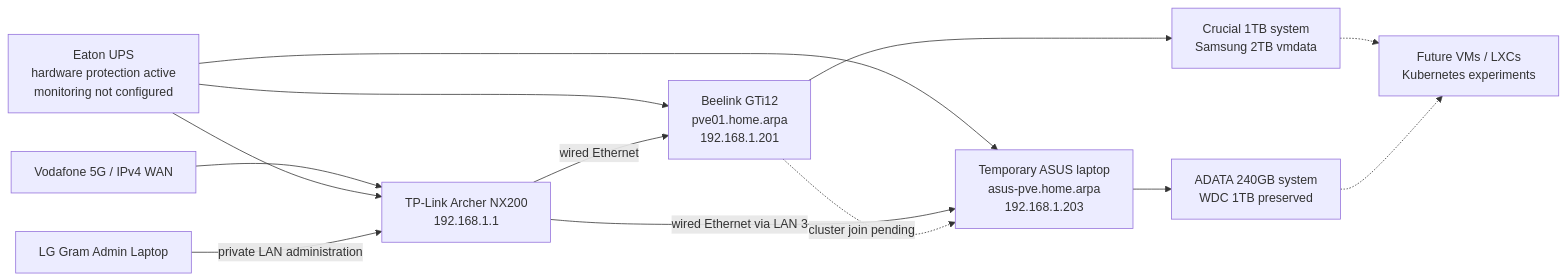
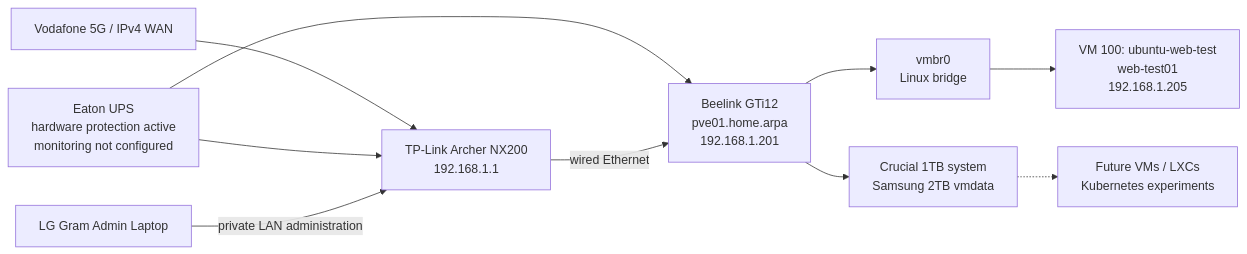
The diagram in README.md (dgsuma/dgs-private-cloud), drawn with Mermaid before and after one commit. The commit also changed other lines of this file and 19 other files, not shown here.

First line of the commit message:
docs: record first Ubuntu VM and retire ASUS node

````diff
--- a/README.md
+++ b/README.md
@@ -30,25 +47,22 @@
 ```mermaid
 flowchart LR
     Internet["Vodafone 5G / IPv4 WAN"]
     UPS["Eaton UPS<br/>hardware protection active<br/>monitoring not configured"]
     Router["TP-Link Archer NX200<br/>192.168.1.1"]
     Admin["LG Gram Admin Laptop"]
     PVE1["Beelink GTi12<br/>pve01.home.arpa<br/>192.168.1.201"]
-    PVE2["Temporary ASUS laptop<br/>asus-pve.home.arpa<br/>192.168.1.203"]
+    Bridge["vmbr0<br/>Linux bridge"]
+    VM100["VM 100: ubuntu-web-test<br/>web-test01<br/>192.168.1.205"]
     PVE1Disk["Crucial 1TB system<br/>Samsung 2TB vmdata"]
-    PVE2Disk["ADATA 240GB system<br/>WDC 1TB preserved"]
     Future["Future VMs / LXCs<br/>Kubernetes experiments"]
 
     Internet --> Router
     UPS --> Router
     UPS --> PVE1
-    UPS --> PVE2
     Admin -->|private LAN administration| Router
     Router -->|wired Ethernet| PVE1
-    Router -->|wired Ethernet via LAN 3| PVE2
-    PVE1 -.->|cluster join pending| PVE2
+    PVE1 --> Bridge
+    Bridge --> VM100
     PVE1 --> PVE1Disk
-    PVE2 --> PVE2Disk
     PVE1Disk -.-> Future
-    PVE2Disk -.-> Future
 ```
````
